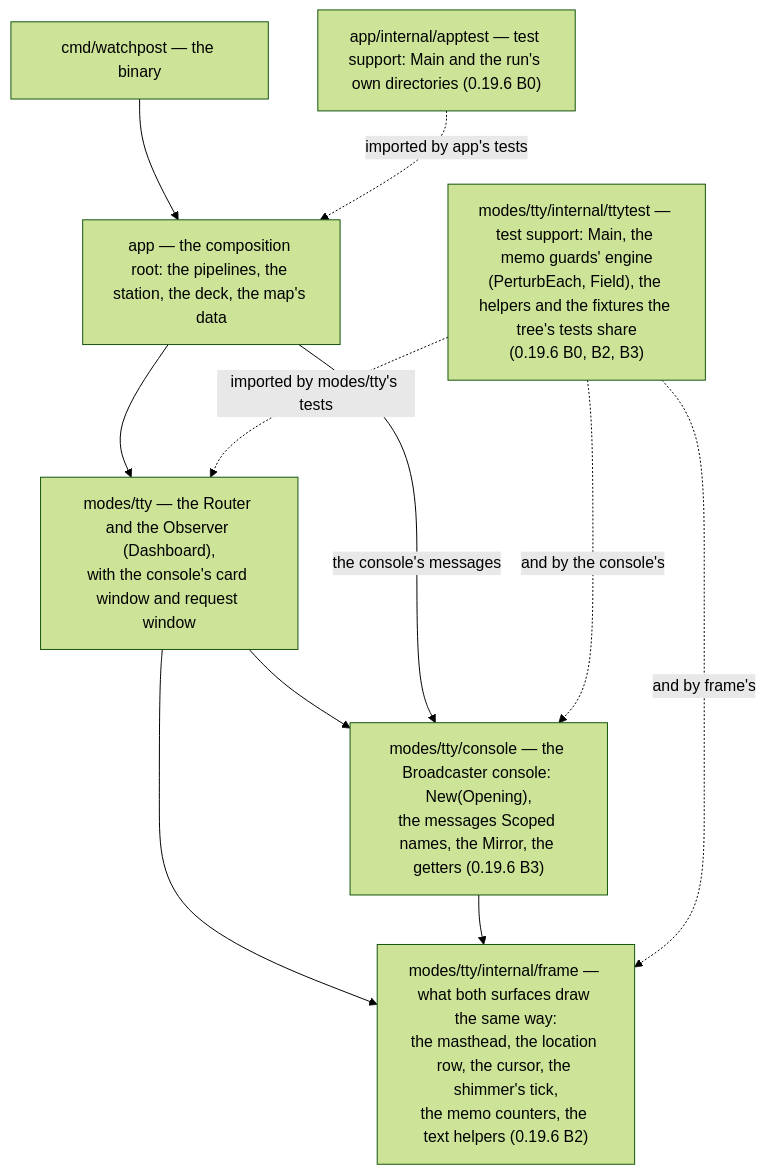
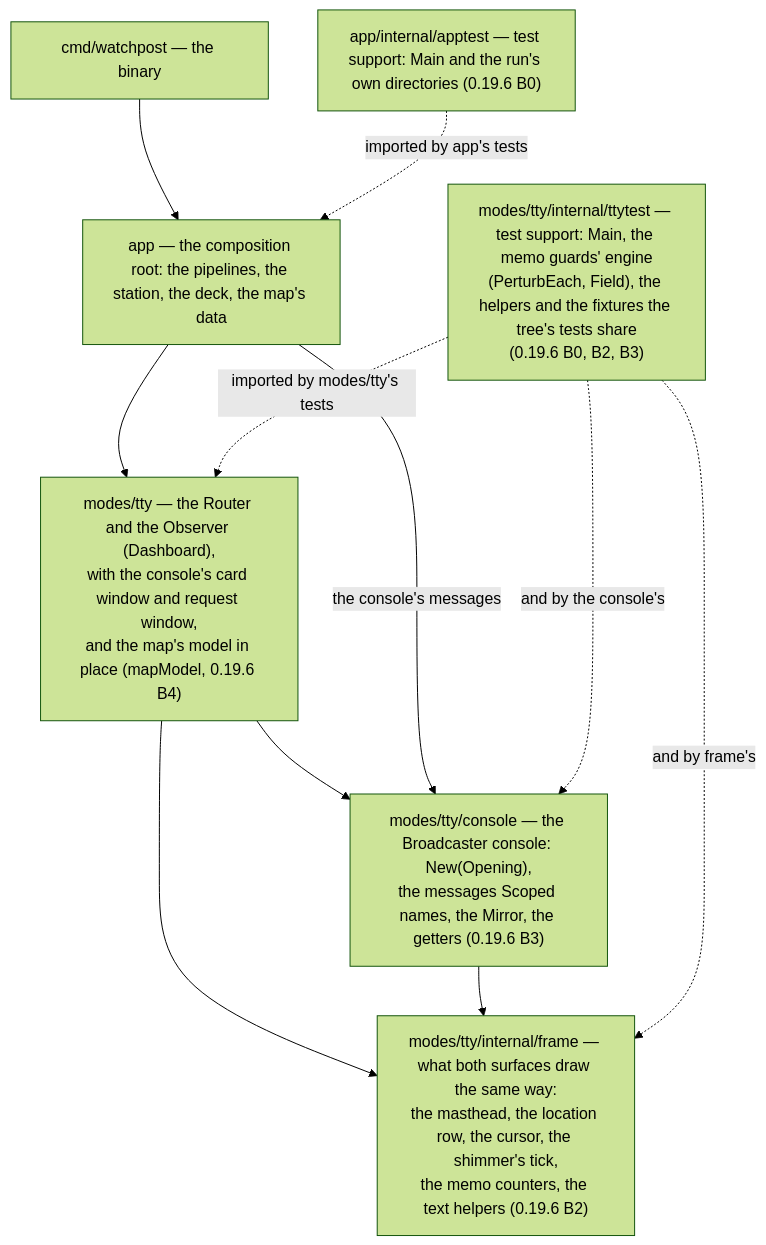
The diagram in 06_docs/02_features/0.19.6-re-architecting/03-architecture-design/as-built-packages.md (branden-thompson/watchpost), drawn with Mermaid (forest theme) before and after one commit. The commit also changed other lines of this file and 8 other files, not shown here.

````diff
--- a/06_docs/02_features/0.19.6-re-architecting/03-architecture-design/as-built-packages.md
+++ b/06_docs/02_features/0.19.6-re-architecting/03-architecture-design/as-built-packages.md
@@ -23,16 +23,16 @@
 ```mermaid
 flowchart TB
   CMD["cmd/watchpost — the binary"] --> APP
   APP["app — the composition root: the pipelines, the station, the deck, the map's data"] --> TTY
-  TTY["modes/tty — the Router and the Observer (Dashboard),<br/>with the console's card window and request window"] --> CONSOLE
+  TTY["modes/tty — the Router and the Observer (Dashboard),<br/>with the console's card window and request window,<br/>and the map's model in place (mapModel, 0.19.6 B4)"] --> CONSOLE
   TTY --> FRAME
   APP -- "the console's messages" --> CONSOLE
   CONSOLE["modes/tty/console — the Broadcaster console: New(Opening),<br/>the messages Scoped names, the Mirror, the getters (0.19.6 B3)"] --> FRAME
   FRAME["modes/tty/internal/frame — what both surfaces draw the same way:<br/>the masthead, the location row, the cursor, the shimmer's tick,<br/>the memo counters, the text helpers (0.19.6 B2)"]
   TTYT["modes/tty/internal/ttytest — test support: Main, the memo guards' engine<br/>(PerturbEach, Field), the helpers and the fixtures the tree's tests share<br/>(0.19.6 B0, B2, B3)"]
   APPT["app/internal/apptest — test support: Main and the run's own directories (0.19.6 B0)"]
   TTYT -. "imported by modes/tty's tests" .-> TTY
   TTYT -. "and by frame's" .-> FRAME
   TTYT -. "and by the console's" .-> CONSOLE
   APPT -. "imported by app's tests" .-> APP
 ```
````
